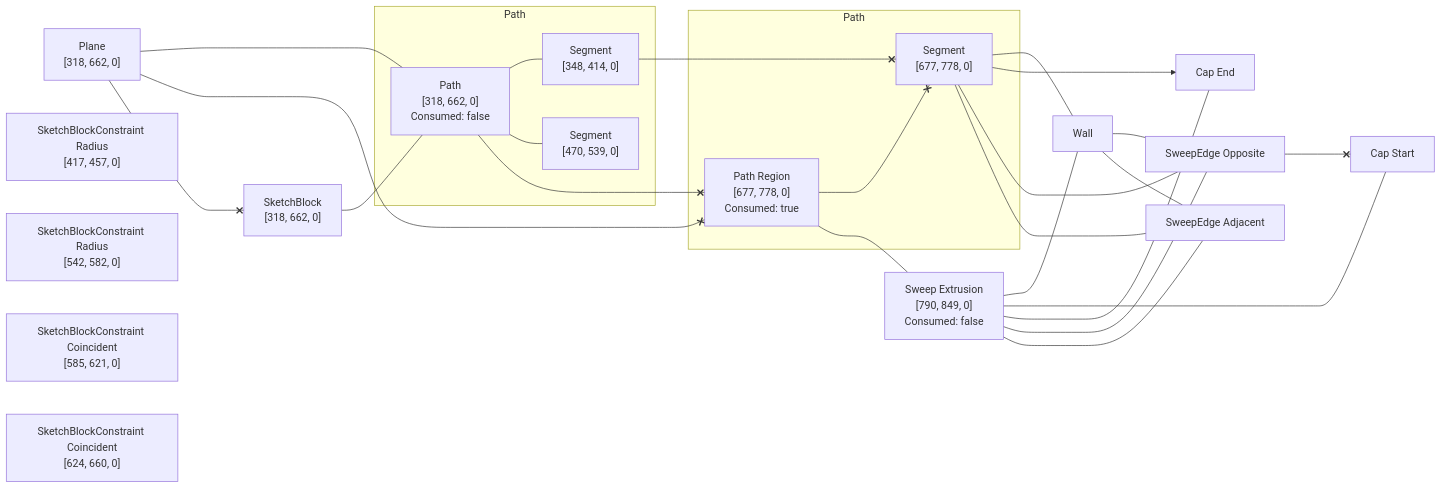
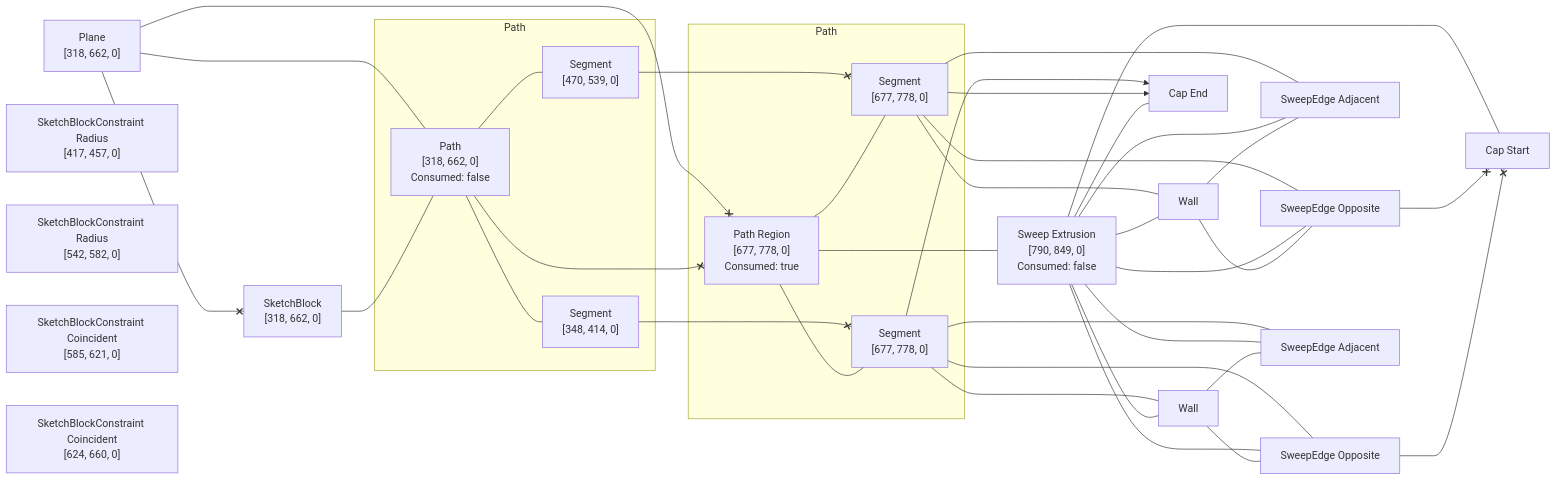
The diagram in rust/kcl-lib/tests/kcl_samples/pipe/artifact_graph_flowchart.snap.md (KittyCAD/modeling-app), drawn with Mermaid before and after one commit. The commit also changed 201 other files, not shown here.

````diff
--- a/rust/kcl-lib/tests/kcl_samples/pipe/artifact_graph_flowchart.snap.md
+++ b/rust/kcl-lib/tests/kcl_samples/pipe/artifact_graph_flowchart.snap.md
@@ -1,61 +1,79 @@
 ```mermaid
 flowchart LR
   subgraph path2 [Path]
     2["Path<br>[318, 662, 0]<br>Consumed: false"]
       %% [ProgramBodyItem { index: 4 }, VariableDeclarationDeclaration, VariableDeclarationInit]
     3["Segment<br>[348, 414, 0]"]
       %% [ProgramBodyItem { index: 4 }, VariableDeclarationDeclaration, VariableDeclarationInit, SketchBlockBody, SketchBlockBodyItem { index: 0 }, VariableDeclarationDeclaration, VariableDeclarationInit]
     4["Segment<br>[470, 539, 0]"]
       %% [ProgramBodyItem { index: 4 }, VariableDeclarationDeclaration, VariableDeclarationInit, SketchBlockBody, SketchBlockBodyItem { index: 2 }, VariableDeclarationDeclaration, VariableDeclarationInit]
   end
   subgraph path5 [Path]
     5["Path Region<br>[677, 778, 0]<br>Consumed: true"]
       %% [ProgramBodyItem { index: 5 }, VariableDeclarationDeclaration, VariableDeclarationInit]
     6["Segment<br>[677, 778, 0]"]
       %% [ProgramBodyItem { index: 5 }, VariableDeclarationDeclaration, VariableDeclarationInit]
+    7["Segment<br>[677, 778, 0]"]
+      %% [ProgramBodyItem { index: 5 }, VariableDeclarationDeclaration, VariableDeclarationInit]
   end
   1["Plane<br>[318, 662, 0]"]
     %% [ProgramBodyItem { index: 4 }, VariableDeclarationDeclaration, VariableDeclarationInit]
-  7["Sweep Extrusion<br>[790, 849, 0]<br>Consumed: false"]
+  8["Sweep Extrusion<br>[790, 849, 0]<br>Consumed: false"]
     %% [ProgramBodyItem { index: 6 }, VariableDeclarationDeclaration, VariableDeclarationInit, PipeBodyItem { index: 0 }]
-  8[Wall]
+  9[Wall]
     %% face_code_ref=Missing NodePath
-  9["Cap Start"]
+  10[Wall]
     %% face_code_ref=Missing NodePath
-  10["Cap End"]
+  11["Cap Start"]
     %% face_code_ref=Missing NodePath
-  11["SweepEdge Opposite"]
-  12["SweepEdge Adjacent"]
-  13["SketchBlock<br>[318, 662, 0]"]
+  12["Cap End"]
+    %% face_code_ref=Missing NodePath
+  13["SweepEdge Opposite"]
+  14["SweepEdge Adjacent"]
+  15["SweepEdge Opposite"]
+  16["SweepEdge Adjacent"]
+  17["SketchBlock<br>[318, 662, 0]"]
     %% [ProgramBodyItem { index: 4 }, VariableDeclarationDeclaration, VariableDeclarationInit]
-  14["SketchBlockConstraint Radius<br>[417, 457, 0]"]
+  18["SketchBlockConstraint Radius<br>[417, 457, 0]"]
     %% [ProgramBodyItem { index: 4 }, VariableDeclarationDeclaration, VariableDeclarationInit, SketchBlockBody, SketchBlockBodyItem { index: 1 }, ExpressionStatementExpr]
-  15["SketchBlockConstraint Radius<br>[542, 582, 0]"]
+  19["SketchBlockConstraint Radius<br>[542, 582, 0]"]
     %% [ProgramBodyItem { index: 4 }, VariableDeclarationDeclaration, VariableDeclarationInit, SketchBlockBody, SketchBlockBodyItem { index: 3 }, ExpressionStatementExpr]
-  16["SketchBlockConstraint Coincident<br>[585, 621, 0]"]
+  20["SketchBlockConstraint Coincident<br>[585, 621, 0]"]
     %% [ProgramBodyItem { index: 4 }, VariableDeclarationDeclaration, VariableDeclarationInit, SketchBlockBody, SketchBlockBodyItem { index: 4 }, ExpressionStatementExpr]
-  17["SketchBlockConstraint Coincident<br>[624, 660, 0]"]
+  21["SketchBlockConstraint Coincident<br>[624, 660, 0]"]
     %% [ProgramBodyItem { index: 4 }, VariableDeclarationDeclaration, VariableDeclarationInit, SketchBlockBody, SketchBlockBodyItem { index: 5 }, ExpressionStatementExpr]
   1 --- 2
   1 <--x 5
-  1 <--x 13
+  1 <--x 17
   2 --- 3
   2 --- 4
   2 <--x 5
-  13 --- 2
+  17 --- 2
   3 <--x 6
-  5 <--x 6
-  5 ---- 7
-  6 --- 8
-  6 x--> 10
-  6 --- 11
-  6 --- 12
-  7 --- 8
+  4 <--x 7
+  5 --- 6
+  5 --- 7
+  5 ---- 8
+  6 --- 10
+  6 x--> 12
+  6 --- 15
+  6 --- 16
   7 --- 9
-  7 --- 10
-  7 --- 11
-  7 --- 12
+  7 x--> 12
+  7 --- 13
+  7 --- 14
+  8 --- 9
+  8 --- 10
   8 --- 11
   8 --- 12
-  11 <--x 9
+  8 --- 13
+  8 --- 14
+  8 --- 15
+  8 --- 16
+  9 --- 13
+  9 --- 14
+  10 --- 15
+  10 --- 16
+  13 <--x 11
+  15 <--x 11
 ```
````
